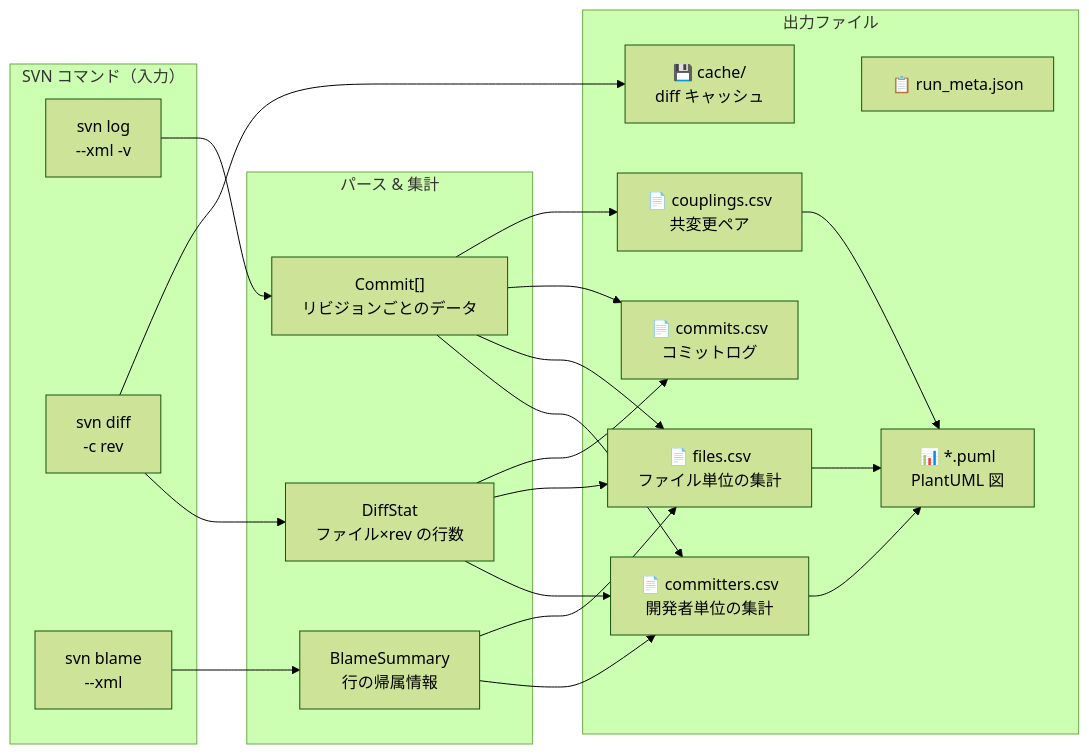
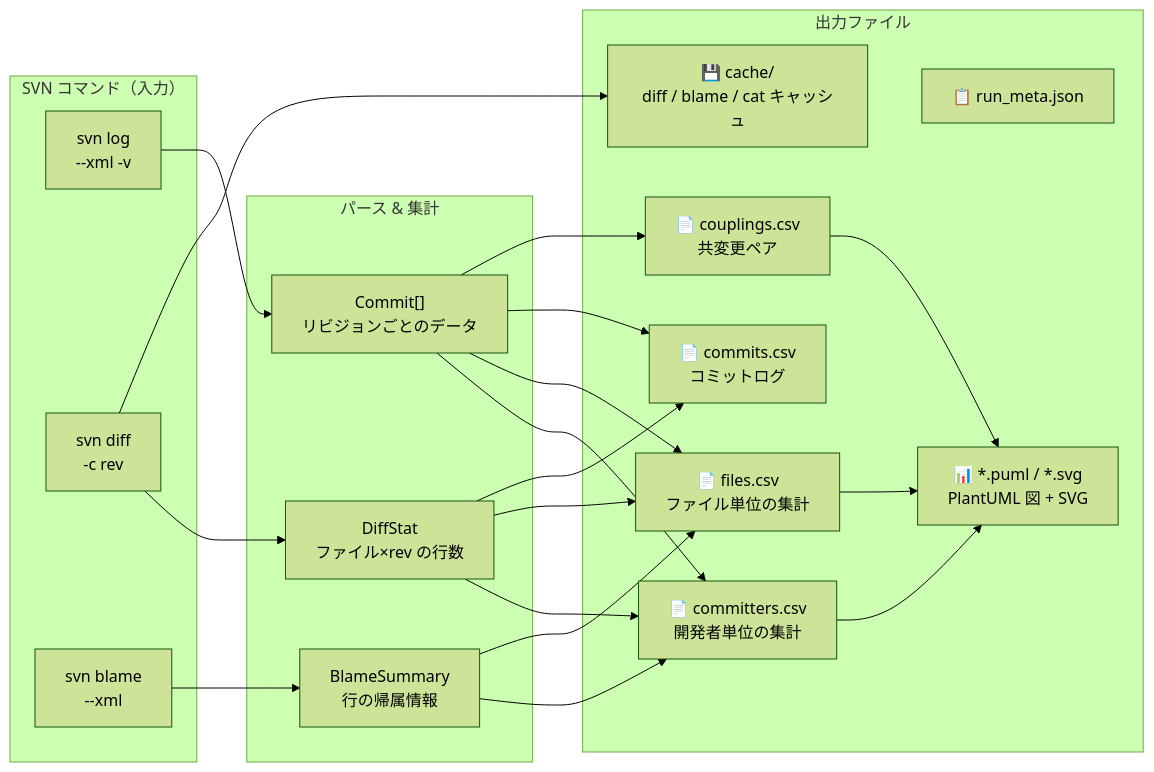
One commit to horiyamayoh/NarutoCode changed the first of 16 diagrams in docs/metrics_guide.md. Above: the diagram before and after it, drawn with Mermaid (forest theme). The commit also changed other lines of this file and 4 other files, not shown here.

````diff
--- a/docs/metrics_guide.md
+++ b/docs/metrics_guide.md
@@ -41,43 +46,43 @@
 ```mermaid
 flowchart LR
     subgraph INPUT["SVN コマンド（入力）"]
         LOG["svn log\n--xml -v"]
         DIFF["svn diff\n-c rev"]
         BLAME["svn blame\n--xml"]
     end
 
     subgraph PARSE["パース & 集計"]
         COMMITS_DATA["Commit[]\nリビジョンごとのデータ"]
         DIFF_STATS["DiffStat\nファイル×rev の行数"]
         BLAME_DATA["BlameSummary\n行の帰属情報"]
     end
 
     subgraph OUTPUT["出力ファイル"]
         CSV1["📄 committers.csv\n開発者単位の集計"]
         CSV2["📄 files.csv\nファイル単位の集計"]
         CSV3["📄 commits.csv\nコミットログ"]
         CSV4["📄 couplings.csv\n共変更ペア"]
         META["📋 run_meta.json"]
-        PUML["📊 *.puml\nPlantUML 図"]
-        CACHE["💾 cache/\ndiff キャッシュ"]
+        PUML["📊 *.puml / *.svg\nPlantUML 図 + SVG"]
+        CACHE["💾 cache/\ndiff / blame / cat キャッシュ"]
     end
 
     LOG --> COMMITS_DATA
     DIFF --> DIFF_STATS
     DIFF --> CACHE
     BLAME --> BLAME_DATA
 
     COMMITS_DATA --> CSV1
     COMMITS_DATA --> CSV2
     COMMITS_DATA --> CSV3
     COMMITS_DATA --> CSV4
     DIFF_STATS --> CSV1
     DIFF_STATS --> CSV2
     DIFF_STATS --> CSV3
     BLAME_DATA --> CSV1
     BLAME_DATA --> CSV2
 
     CSV1 --> PUML
     CSV2 --> PUML
     CSV4 --> PUML
 ```
````
